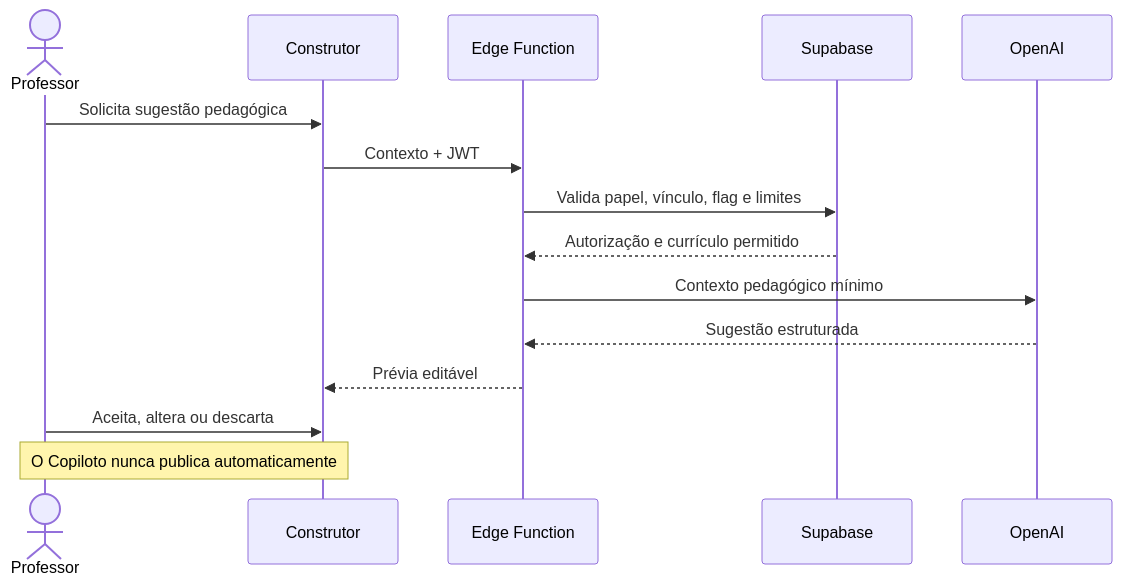
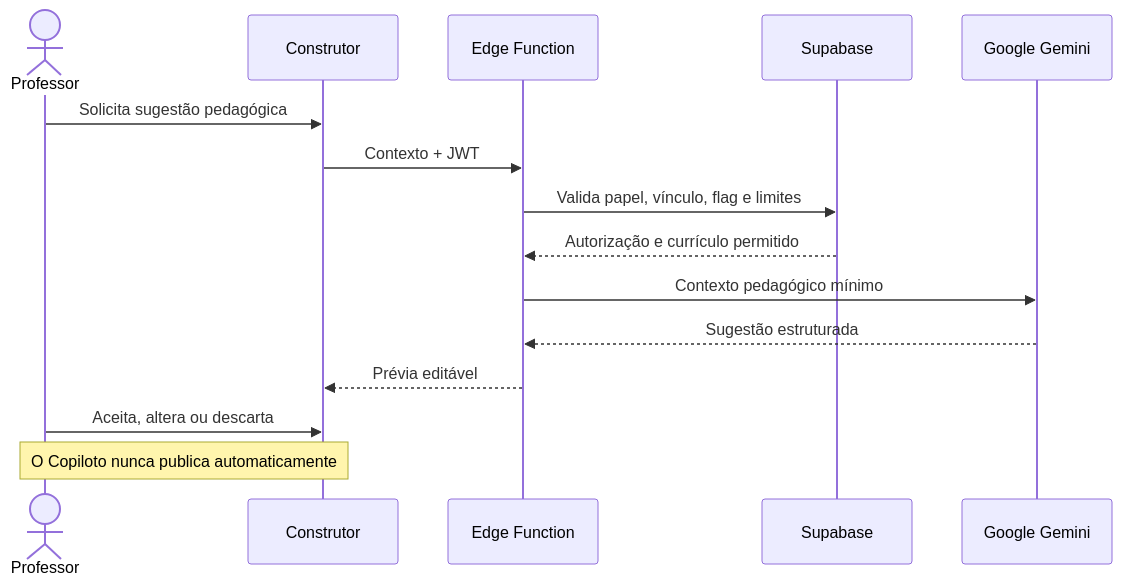
One commit to novasentinel-tech/OminiSaber changed the seventh of 7 diagrams in docs/architecture/fluxogramas.md. Above: the diagram before and after it, drawn with Mermaid. The commit also changed 12 other files, not shown here.

````diff
--- a/docs/architecture/fluxogramas.md
+++ b/docs/architecture/fluxogramas.md
@@ -136,18 +136,18 @@
 ```mermaid
 sequenceDiagram
   actor P as Professor
   participant UI as Construtor
   participant EF as Edge Function
   participant DB as Supabase
-  participant IA as OpenAI
+  participant IA as Google Gemini
 
   P->>UI: Solicita sugestão pedagógica
   UI->>EF: Contexto + JWT
   EF->>DB: Valida papel, vínculo, flag e limites
   DB-->>EF: Autorização e currículo permitido
   EF->>IA: Contexto pedagógico mínimo
   IA-->>EF: Sugestão estruturada
   EF-->>UI: Prévia editável
   P->>UI: Aceita, altera ou descarta
   Note over P,UI: O Copiloto nunca publica automaticamente
 ```
````
